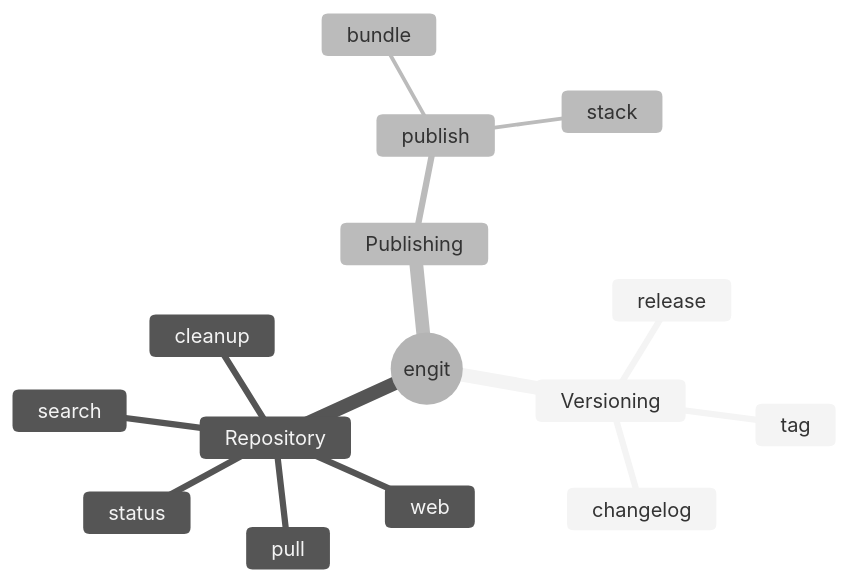
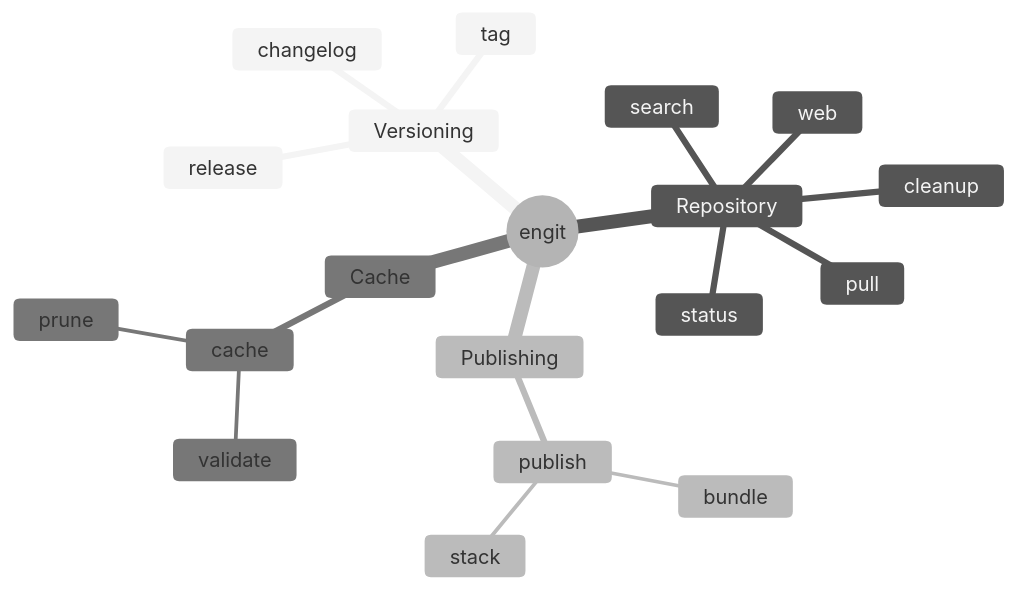
The diagram in docs/cli-reference/engit.md (gtvfx-envoy/envoy_utils), drawn with Mermaid (neutral theme) before and after one commit. The commit also changed other lines of this file and 4 other files, not shown here.

First line of the commit message:
Add engit cache validate/prune commands

````diff
--- a/docs/cli-reference/engit.md
+++ b/docs/cli-reference/engit.md
@@ -7,18 +7,22 @@
 ```mermaid
 mindmap
   root((engit))
     Versioning
       tag
       release
       changelog
     Repository
       status
       cleanup
       pull
       web
       search
     Publishing
       publish
         bundle
         stack
+    Cache
+      cache
+        validate
+        prune
 ```
````
